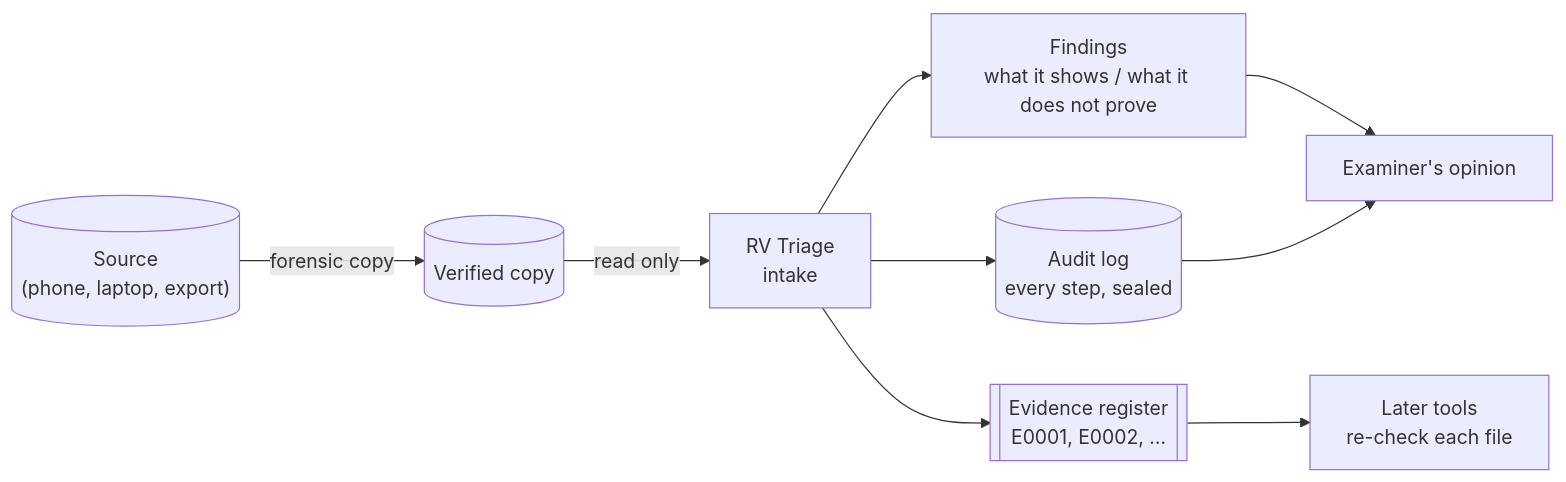
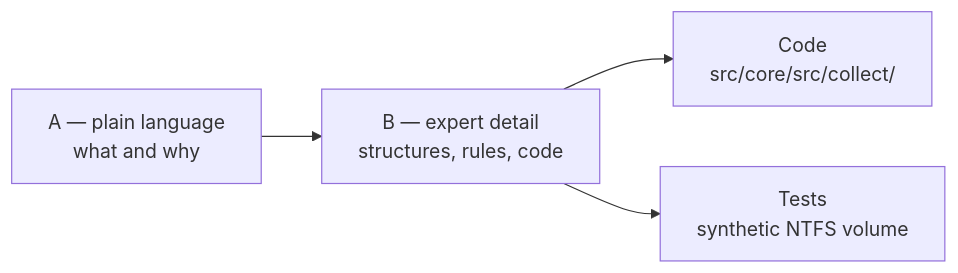
Before and after one commit to Panacota96/rv-triage: the first of 4 diagrams in docs/theory.md, drawn with Mermaid. The commit also changed other lines of this file and 85 other files, not shown here.

````diff
--- a/docs/theory.md
+++ b/docs/theory.md
@@ -69,11 +8,6 @@
 ```mermaid
 flowchart LR
-    S[("Source<br/>(phone, laptop, export)")] -->|forensic copy| C[("Verified copy")]
-    C -->|read only| T["RV Triage<br/>intake"]
-    T --> F["Findings<br/>what it shows / what it does not prove"]
-    T --> R[["Evidence register<br/>E0001, E0002, …"]]
-    T --> L[("Audit log<br/>every step, sealed")]
-    R --> A["Later tools<br/>re-check each file"]
-    F --> E["Examiner's opinion"]
-    L --> E
+    A["A — plain language<br/>what and why"] --> B["B — expert detail<br/>structures, rules, code"]
+    B --> C["Code<br/>src/core/src/collect/"]
+    B --> T["Tests<br/>synthetic NTFS volume"]
 ```
````
